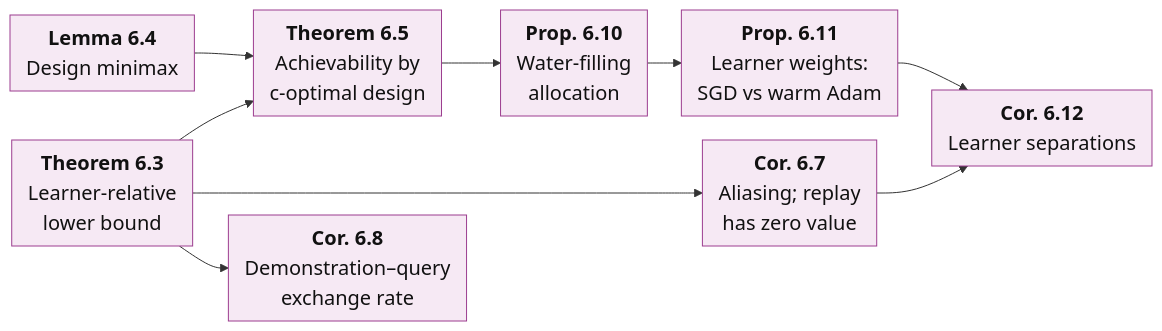
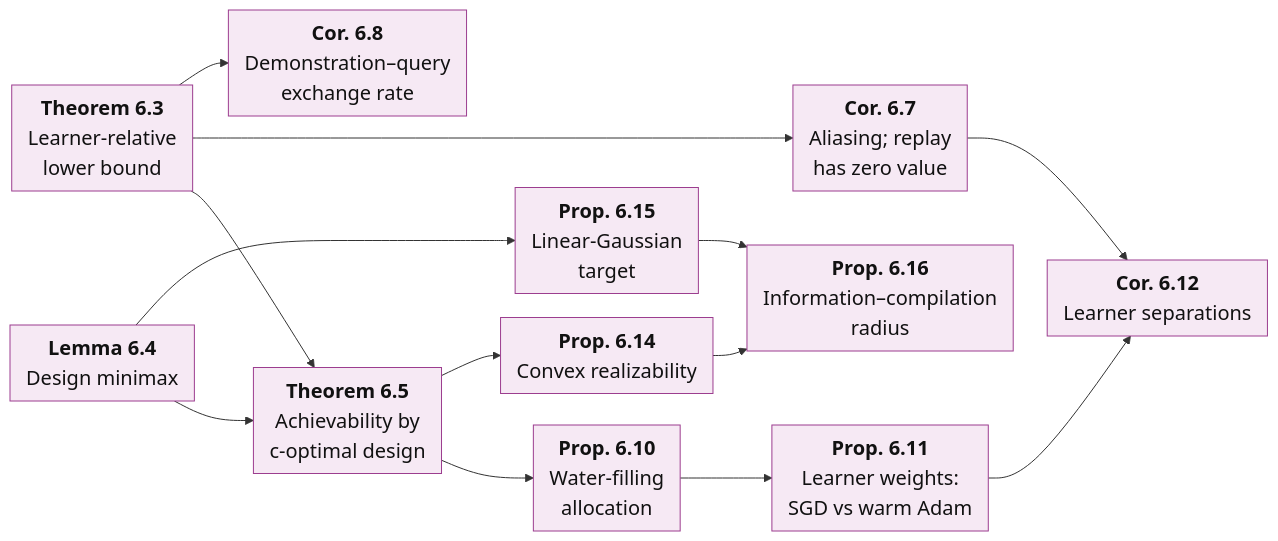
Before and after one commit to XueqiC/ICML27_agent_distillation: the sixth of 9 diagrams in theoretical_framework/README.md, drawn with Mermaid. The commit also changed other lines of this file and 222 other files, not shown here.

````diff
--- a/theoretical_framework/README.md
+++ b/theoretical_framework/README.md
@@ -456,21 +523,28 @@
 ```mermaid
 %%{init: {"themeVariables": {"fontSize": "20px"}, "flowchart": {"nodeSpacing": 24, "rankSpacing": 34, "padding": 8, "wrappingWidth": 260}}}%%
 flowchart LR
   T3["<b>Theorem 6.3</b><br/>Learner-relative<br/>lower bound"]:::b4
   L4["<b>Lemma 6.4</b><br/>Design minimax"]:::b4
   T5["<b>Theorem 6.5</b><br/>Achievability by<br/>c-optimal design"]:::b4
   C7["<b>Cor. 6.7</b><br/>Aliasing; replay<br/>has zero value"]:::b4
   C8["<b>Cor. 6.8</b><br/>Demonstration–query<br/>exchange rate"]:::b4
   P10["<b>Prop. 6.10</b><br/>Water-filling<br/>allocation"]:::b4
   P11["<b>Prop. 6.11</b><br/>Learner weights:<br/>SGD vs warm Adam"]:::b4
   C12["<b>Cor. 6.12</b><br/>Learner separations"]:::b4
   T3 --> T5
   L4 --> T5
   T3 --> C7
   T3 --> C8
   T5 --> P10
   P10 --> P11
   P11 --> C12
   C7 --> C12
+  P14["<b>Prop. 6.14</b><br/>Convex realizability"]:::b4
+  P15["<b>Prop. 6.15</b><br/>Linear-Gaussian<br/>target"]:::b4
+  P16["<b>Prop. 6.16</b><br/>Information–compilation<br/>radius"]:::b4
+  T5 --> P14
+  L4 --> P15
+  P14 --> P16
+  P15 --> P16
   classDef b4 fill:#f6e9f4,stroke:#9c3d8f,color:#111
 ```
````
